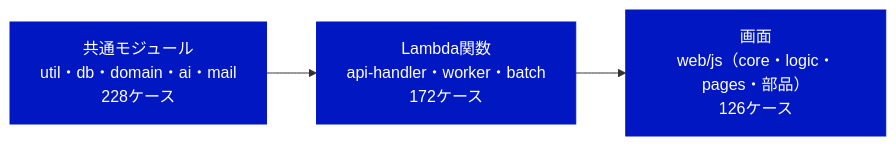
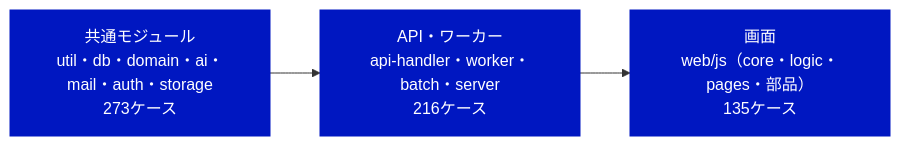
The first of 3 diagrams in documents/モジュールテスト結果報告書_RPG学習アプリ.md (pocarialice/rpglearning), drawn with Mermaid before and after one commit. The commit also changed other lines of this file and 2 other files, not shown here.

````diff
--- a/documents/モジュールテスト結果報告書_RPG学習アプリ.md
+++ b/documents/モジュールテスト結果報告書_RPG学習アプリ.md
@@ -23,7 +23,7 @@
 ```mermaid
 flowchart LR
-  A["共通モジュール<br>util・db・domain・ai・mail<br>228ケース"]:::done --> B["Lambda関数<br>api-handler・worker・batch<br>172ケース"]:::done
-  B --> C["画面<br>web/js（core・logic・pages・部品）<br>126ケース"]:::done
+  A["共通モジュール<br>util・db・domain・ai・mail・auth・storage<br>273ケース"]:::done --> B["API・ワーカー<br>api-handler・worker・batch・server<br>216ケース"]:::done
+  B --> C["画面<br>web/js（core・logic・pages・部品）<br>135ケース"]:::done
   classDef done fill:#0017C1,color:#fff,stroke:#0017C1
   classDef todo fill:#fff,color:#414141,stroke:#B4B4B4,stroke-dasharray:4 3
 ```
````
